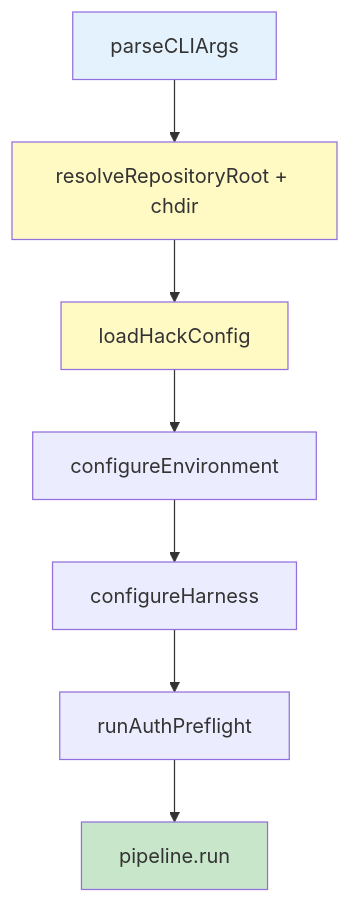
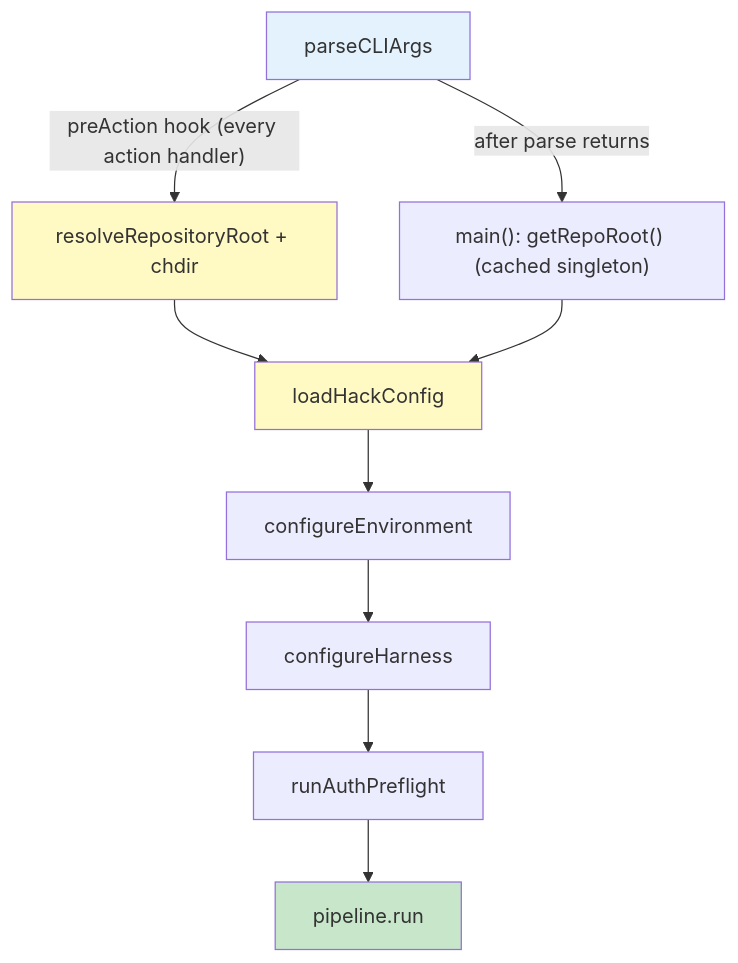
One commit to dabstractor/hack changed the second of 9 diagrams in docs/ARCHITECTURE.md. Above: the diagram before and after it, drawn with Mermaid. The commit also changed other lines of this file and 6 other files, not shown here.

````diff
--- a/docs/ARCHITECTURE.md
+++ b/docs/ARCHITECTURE.md
@@ -95,14 +99,16 @@
 ```mermaid
 graph TD
-    A[parseCLIArgs] --> B[resolveRepositoryRoot + chdir]
+    A[parseCLIArgs] -->|"preAction hook (every action handler)"| B[resolveRepositoryRoot + chdir]
+    A -->|"after parse returns"| H["main(): getRepoRoot() (cached singleton)"]
     B --> C[loadHackConfig]
+    H --> C
     C --> D[configureEnvironment]
     D --> E[configureHarness]
     E --> F[runAuthPreflight]
     F --> G[pipeline.run]
 
     style A fill:#e3f2fd
     style B fill:#fff9c4
     style C fill:#fff9c4
     style G fill:#c8e6c9
 ```
````
